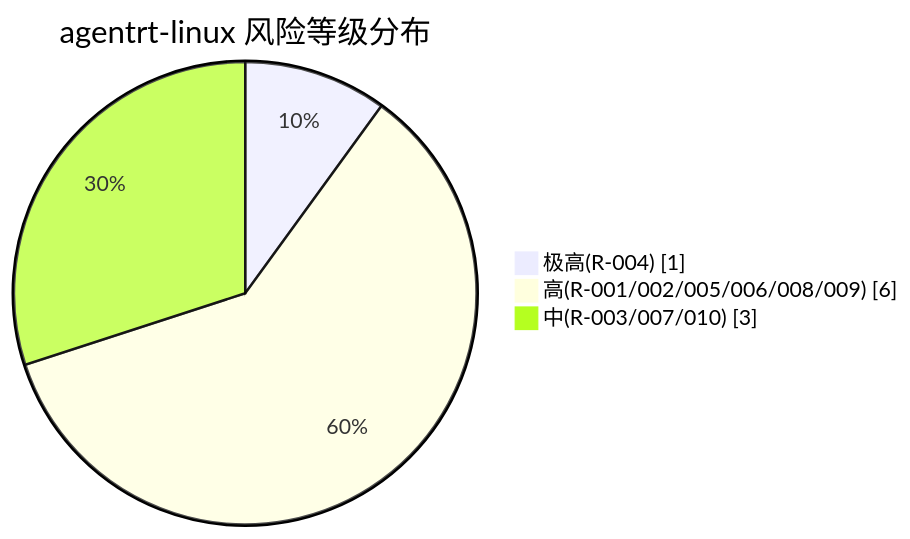
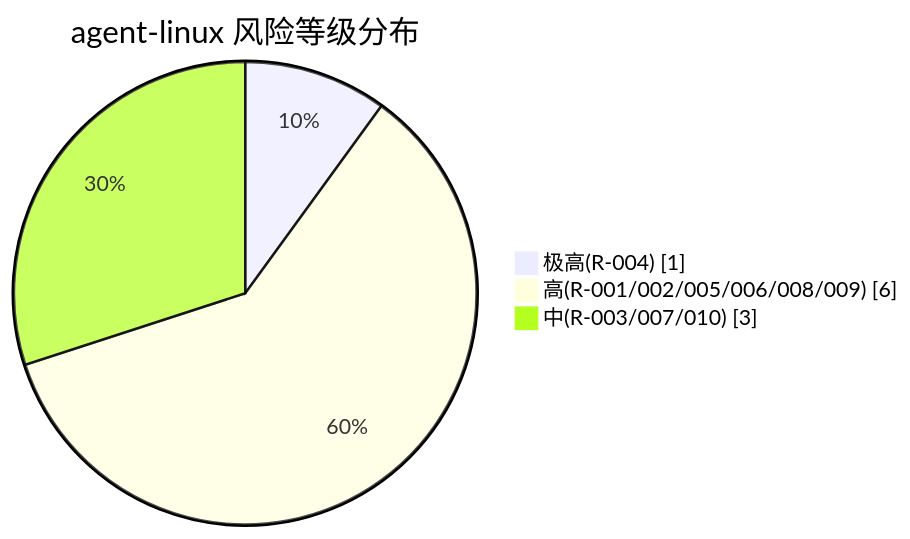
The second of 3 diagrams in 130-roadmap/05-risk-mitigation.md (openairymax/docs-linux), drawn with Mermaid before and after one commit. The commit also changed other lines of this file and 172 other files, not shown here.

Commit message:
docs: rename agentrt-linux to agent-linux across docs v0.1.3 双工程结构：agentrt-linux 改名 agent-linux。docs 全仓 186 个 文件中的 agentrt-linux 引用统一为 agent-linux（AirymaxOS 工程名/ URL/路径引用；commit hash 与历史不变）。

````diff
--- a/130-roadmap/05-risk-mitigation.md
+++ b/130-roadmap/05-risk-mitigation.md
@@ -263,7 +263,7 @@
 ```mermaid
 pie showData
-    title agentrt-linux 风险等级分布
+    title agent-linux 风险等级分布
     "极高(R-004)" : 1
     "高(R-001/002/005/006/008/009)" : 6
     "中(R-003/007/010)" : 3
 ```
````
